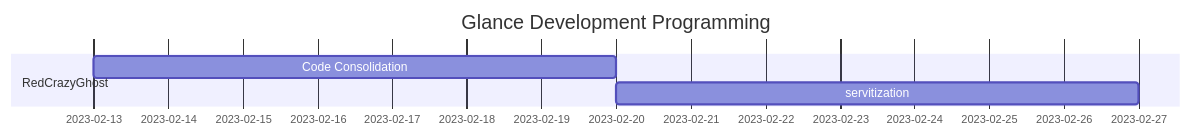
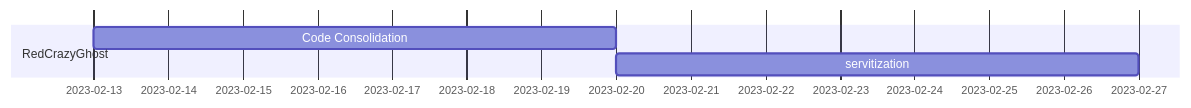
One commit to RedCrazyGhost/Glance changed the diagram in README.md. Above: the diagram before and after it, drawn with Mermaid. The commit also changed other lines of this file, not shown here.

Commit message:
v0.0.7:update Glance Development Programming

````diff
--- a/README.md
+++ b/README.md
@@ -3,8 +4,7 @@
 ```mermaid
 gantt
-    title Glance Development Programming
     dateFormat  MM-DD
     section RedCrazyGhost
     Code Consolidation :a1, 02-13, 7d
     servitization     :after a1  , 7d
 ```
````
